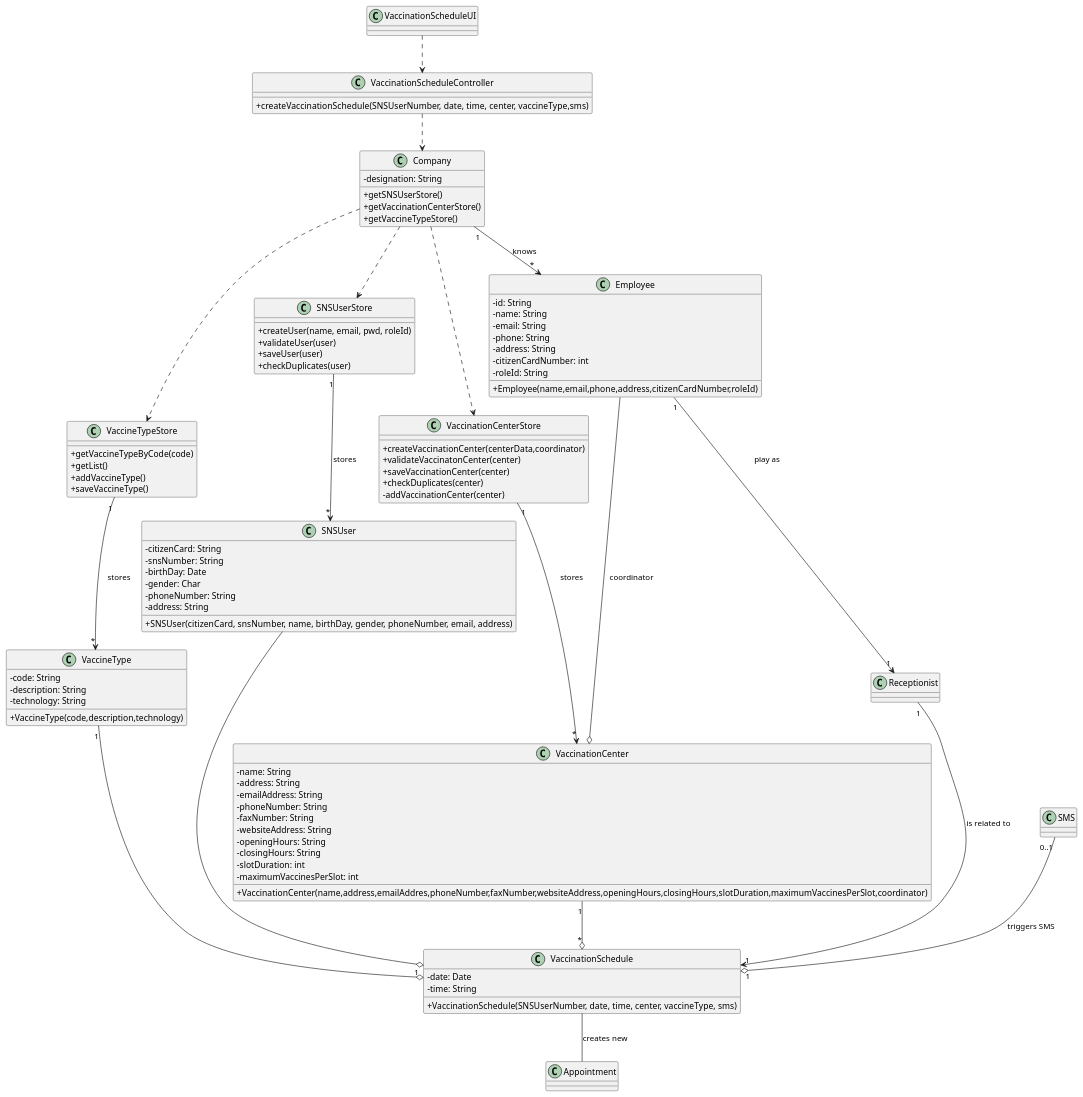
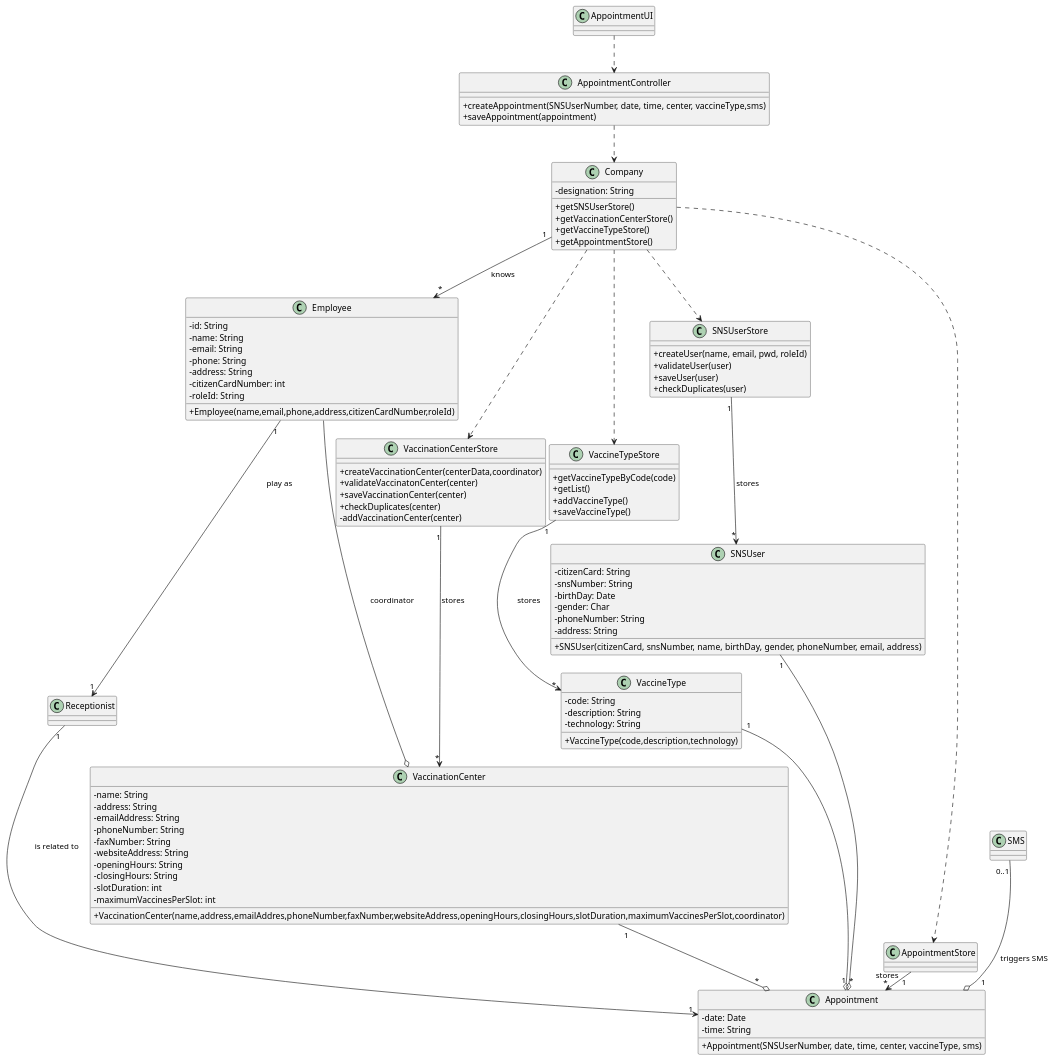
The diagram in docs/SprintC/US02/CD/US02_CD.puml (miseEnPlace-i/lapr2), drawn with PlantUML before and after one commit. The commit also changed 1 other file, not shown here.

Commit message:
docs(US02): updated CD (replaced VaccinationSchedule class for Appointment, added AppointmentStore), added new CD.svg

```diff
--- a/docs/SprintC/US02/CD/US02_CD.puml
+++ b/docs/SprintC/US02/CD/US02_CD.puml
@@ -1,111 +1,115 @@
 @startuml US02_CD
 skinparam classAttributeIconSize 0
 
-class VaccinationSchedule {
+class Appointment {
   - date: Date
   - time: String
-  +VaccinationSchedule(SNSUserNumber, date, time, center, vaccineType, sms)
+  +Appointment(SNSUserNumber, date, time, center, vaccineType, sms)
 }
 
+class AppointmentStore {}
+
+class AppointmentUI {}
+
+class AppointmentController {
+  +createAppointment(SNSUserNumber, date, time, center, vaccineType,sms)
+  +saveAppointment(appointment)
+}
 
 class Company {
   -designation: String
   +getSNSUserStore()
   +getVaccinationCenterStore()
   +getVaccineTypeStore()
+  +getAppointmentStore()
 }
 
-class VaccinationScheduleController {
-  +createVaccinationSchedule(SNSUserNumber, date, time, center, vaccineType,sms)
-}
-
-class VaccinationScheduleUI {}
+class SNSUser {
+  - citizenCard: String 
+  - snsNumber: String 
+  - birthDay: Date 
+  - gender: Char
+  - phoneNumber: String 
+  - address: String
+  + SNSUser(citizenCard, snsNumber, name, birthDay, gender, phoneNumber, email, address)
+  }
 
 class SNSUserStore {
   + createUser(name, email, pwd, roleId)
   + validateUser(user)
   + saveUser(user)
   + checkDuplicates(user)
-}
-
-class VaccinationCenterStore {
-+createVaccinationCenter(centerData,coordinator)
-+validateVaccinatonCenter(center)
-+saveVaccinationCenter(center)
-+checkDuplicates(center)
--addVaccinationCenter(center)
-}
-
-class VaccineTypeStore {
-  +getVaccineTypeByCode(code)
-  +getList()
-  +addVaccineType()
-  +saveVaccineType()
 }
 
 class VaccinationCenter{
   - name: String
   - address: String
   - emailAddress: String
   - phoneNumber: String
   - faxNumber: String
   - websiteAddress: String
   - openingHours: String
   - closingHours: String
   - slotDuration: int
   - maximumVaccinesPerSlot: int
   +VaccinationCenter(name,address,emailAddres,phoneNumber,faxNumber,websiteAddress,openingHours,closingHours,slotDuration,maximumVaccinesPerSlot,coordinator)
 }
 
+class VaccinationCenterStore {
++createVaccinationCenter(centerData,coordinator)
++validateVaccinatonCenter(center)
++saveVaccinationCenter(center)
++checkDuplicates(center)
+-addVaccinationCenter(center)
+}
+
 class VaccineType {
   - code: String
   - description: String
   - technology: String
   + VaccineType(code,description,technology)
 }
 
-class SNSUser {
-  - citizenCard: String 
-  - snsNumber: String 
-  - birthDay: Date 
-  - gender: Char
-  - phoneNumber: String 
-  - address: String
-  + SNSUser(citizenCard, snsNumber, name, birthDay, gender, phoneNumber, email, address)
-  }
+class VaccineTypeStore {
+  +getVaccineTypeByCode(code)
+  +getList()
+  +addVaccineType()
+  +saveVaccineType()
+}
 
 class Employee {
   -id: String 
   -name: String 
   -email: String 
   -phone: String 
   -address: String 
   -citizenCardNumber: int 
   -roleId: String 
   +Employee(name,email,phone,address,citizenCardNumber,roleId)
 }
 
 class Receptionist {}
 
 class SMS {}
 
-VaccinationScheduleUI ..> VaccinationScheduleController
-VaccinationScheduleController ..> Company
+AppointmentUI ..> AppointmentController
+AppointmentController ..> Company
 Company ..> SNSUserStore
 Company ..> VaccinationCenterStore
 Company ..> VaccineTypeStore
+Company ..> AppointmentStore
 Company "1" --> "*" Employee : knows
 VaccinationCenterStore "1" -> "*" VaccinationCenter : stores
 VaccineTypeStore "1" -> "*" VaccineType : stores
 SNSUserStore "1" -> "*" SNSUser : stores
 Employee "1" --> "1" Receptionist : play as
 Employee ---o VaccinationCenter : coordinator
-Receptionist "1" --> "1" VaccinationSchedule : is related to
-VaccinationCenter "1" --o "*" VaccinationSchedule
-SNSUser --o VaccinationSchedule
-VaccineType "1" --o "1" VaccinationSchedule
-SMS "0..1" --o "1" VaccinationSchedule : triggers SMS
-VaccinationSchedule -- Appointment : creates new
+Receptionist "1" --> "1" Appointment : is related to
+VaccinationCenter "1" --o "*" Appointment
+SNSUser "1" --o "*" Appointment
+VaccineType "1" --o "1" Appointment
+SMS "0..1" --o "1" Appointment : triggers SMS
+AppointmentStore "1" -> "*" Appointment : stores
 
 
 @enduml
```
